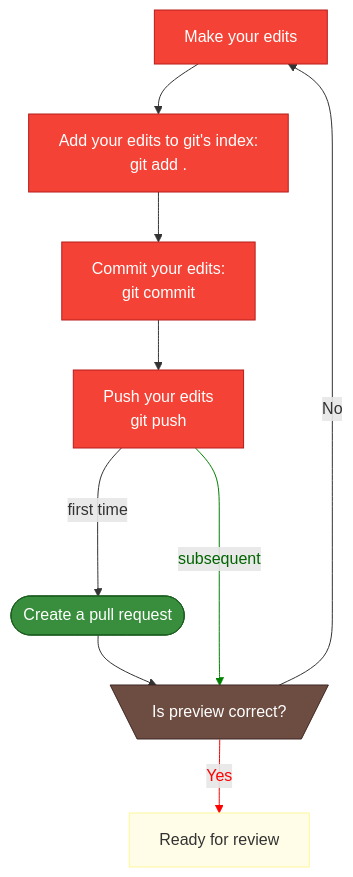
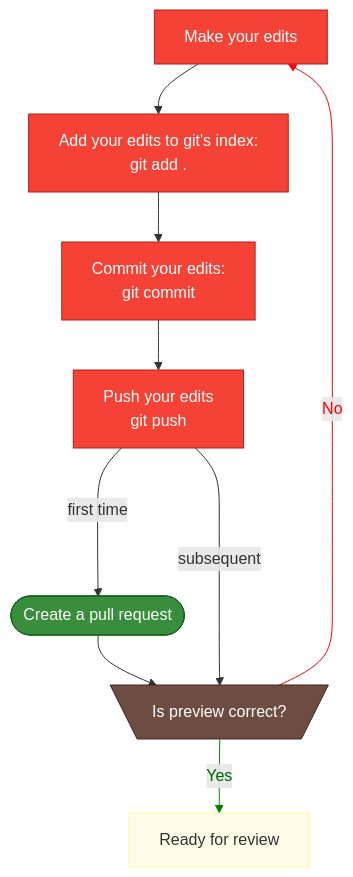
One commit to CABLE-LSM/CABLE changed the fourth of 5 diagrams in documentation/docs/developer_guide/contribution_flowchart.md. Above: the diagram before and after it, drawn with Mermaid.

Commit message:
Fix line colors in edit flowchart

````diff
--- a/documentation/docs/developer_guide/contribution_flowchart.md
+++ b/documentation/docs/developer_guide/contribution_flowchart.md
@@ -112,30 +112,30 @@
 ```mermaid
    flowchart TB
 
       edits[Make your edits]:::term;
       add["Add your edits to git's index: <br> git add ."]:::term;
       commit["Commit your edits: <br> git commit"]:::term;
       push[Push your edits <br> git push]:::term;
       pr([Create a pull request]):::github;
       preview[\Is preview correct?/]:::question;
       review[Ready for review];
 
       edits --> add --> commit --> push;
       push --> |first time|pr --> preview;
       push ----> |subsequent|preview;
       preview -->|Yes|review;
       preview -->|No|edits;
 
       classDef default fill:#FFFDE7, stroke:#FFF59D;
       classDef uniq fill:#D81B60, stroke:#880E4F, color:#FFFFFF;
       classDef github fill:#388E3C,stroke:#1B5E20, color:#FFFFFF;
       classDef term fill:#F44336, stroke:#B71C1C, color:#FFFFFF;
       classDef question fill:#6D4C41, stroke:#3E2723, color:#FFFFFF; 
 
-      linkStyle 6 stroke:red,color:red;
-      linkStyle 5 stroke:green,color:darkgreen;
+      linkStyle 7 stroke:red,color:red;
+      linkStyle 6 stroke:green,color:darkgreen;
 
       click review "https://cable-lsm.github.io/CABLE/developer_guide/contribution_flowchart/#review" "Review process"
 
 ;
 ```
````
